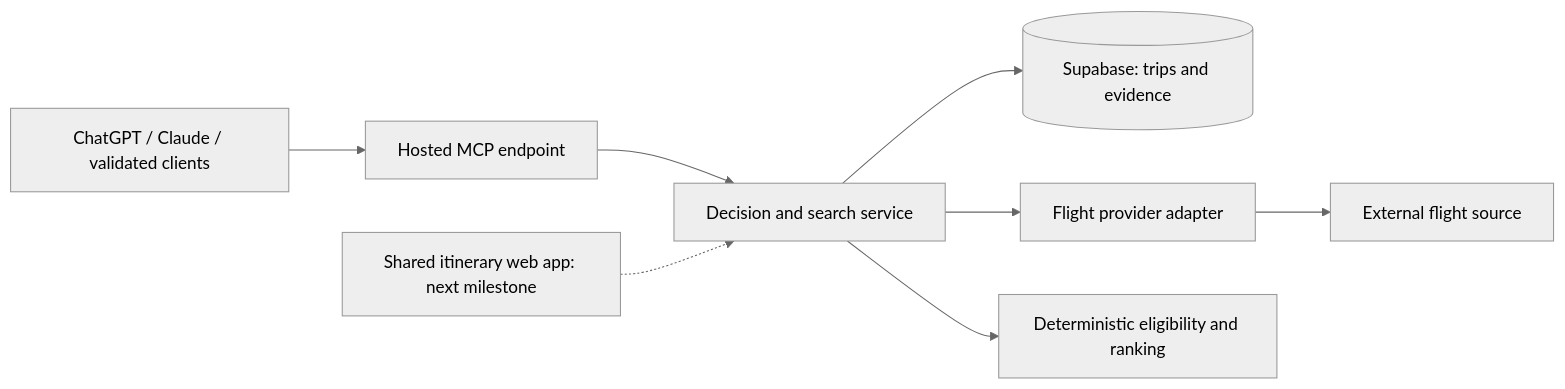
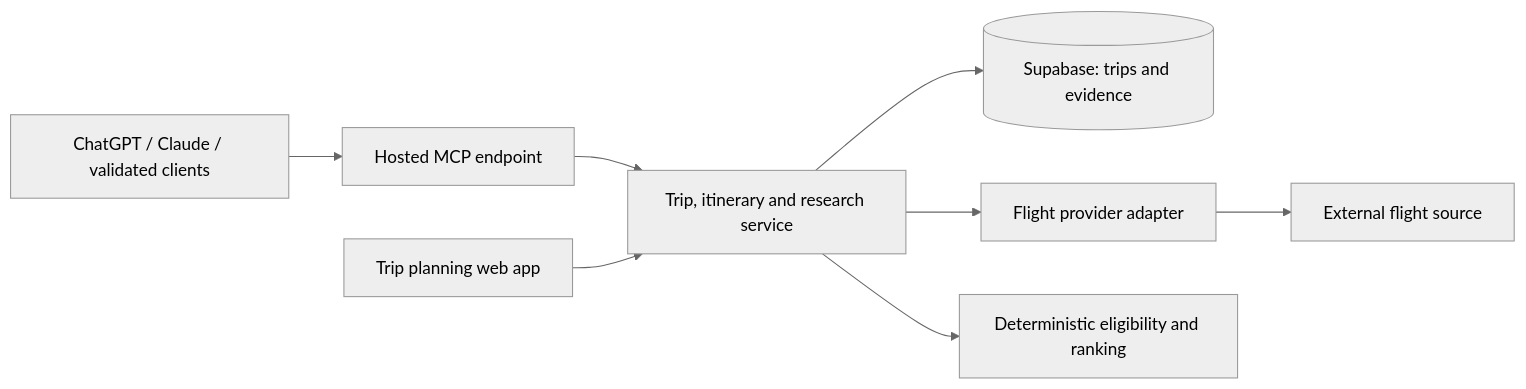
One commit to eddieyang-97/trip-planning-engine changed the diagram in docs/prd.md. Above: the diagram before and after it, drawn with Mermaid (neutral theme). The commit also changed other lines of this file and 1 other file, not shown here.

Commit message:
Define web and MCP as first-class trip planning surfaces

````diff
--- a/docs/prd.md
+++ b/docs/prd.md
@@ -280,10 +292,10 @@
 ```mermaid
 flowchart LR
     Clients[ChatGPT / Claude / validated clients] --> MCP[Hosted MCP endpoint]
-    MCP --> Core[Decision and search service]
-    Web[Shared itinerary web app: next milestone] -.-> Core
+    MCP --> Core[Trip, itinerary and research service]
+    Web[Trip planning web app] --> Core
     Core --> Store[(Supabase: trips and evidence)]
     Core --> Adapter[Flight provider adapter]
     Adapter --> Provider[External flight source]
     Core --> Rank[Deterministic eligibility and ranking]
 ```
````
